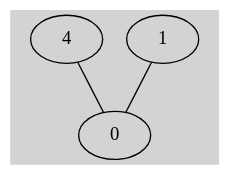
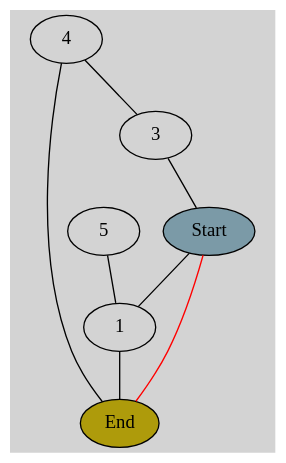
The diagram in src/g.gv (William-Thomas-Andrews/Shortest_Path_Algorithms), drawn with Graphviz before and after one commit. The commit also changed 18 other files, not shown here.

Commit message:
Add aesthetic to graphviz

```diff
--- a/src/g.gv
+++ b/src/g.gv
@@ -1,9 +1,25 @@
 graph G {
 	graph [pad="0.212,0.055" bgcolor=lightgray]
-	4 [fillcolor="#d62728" pos="300,-300"]
-	0 [fillcolor="#d62728" pos="-100,-700"]
-	4 -- 0
-	1 [fillcolor="#d62728" pos="-300,-200"]
-	0 [fillcolor="#d62728" pos="-100,-700"]
-	1 -- 0
+	node [style=filled]
+	1 [label="1", pos="-300,-200!"]
+	0 [label="End", fillcolor="#ae9b0bff"pos="-100,-700!"]
+	1 -- 0 [dir=none color="black"]
+	2 [label="Start", fillcolor="#7b9aa7ff"pos="0,0!"]
+	1 [label="1", pos="-300,-200!"]
+	2 -- 1 [dir=none color="black"]
+	3 [label="3", pos="400,100!"]
+	2 [label="Start", fillcolor="#7b9aa7ff"pos="0,0!"]
+	3 -- 2 [dir=none color="black"]
+	4 [label="4", pos="300,-300!"]
+	3 [label="3", pos="400,100!"]
+	4 -- 3 [dir=none color="black"]
+	4 [label="4", pos="300,-300!"]
+	0 [label="End", fillcolor="#ae9b0bff"pos="-100,-700!"]
+	4 -- 0 [dir=none color="black"]
+	2 [label="Start", fillcolor="#7b9aa7ff"pos="0,0!"]
+	0 [label="End", fillcolor="#ae9b0bff"pos="-100,-700!"]
+	2 -- 0 [dir=none color="red"]
+	5 [label="5", pos="-2500,0!"]
+	1 [label="1", pos="-300,-200!"]
+	5 -- 1 [dir=none color="black"]
 }
```
